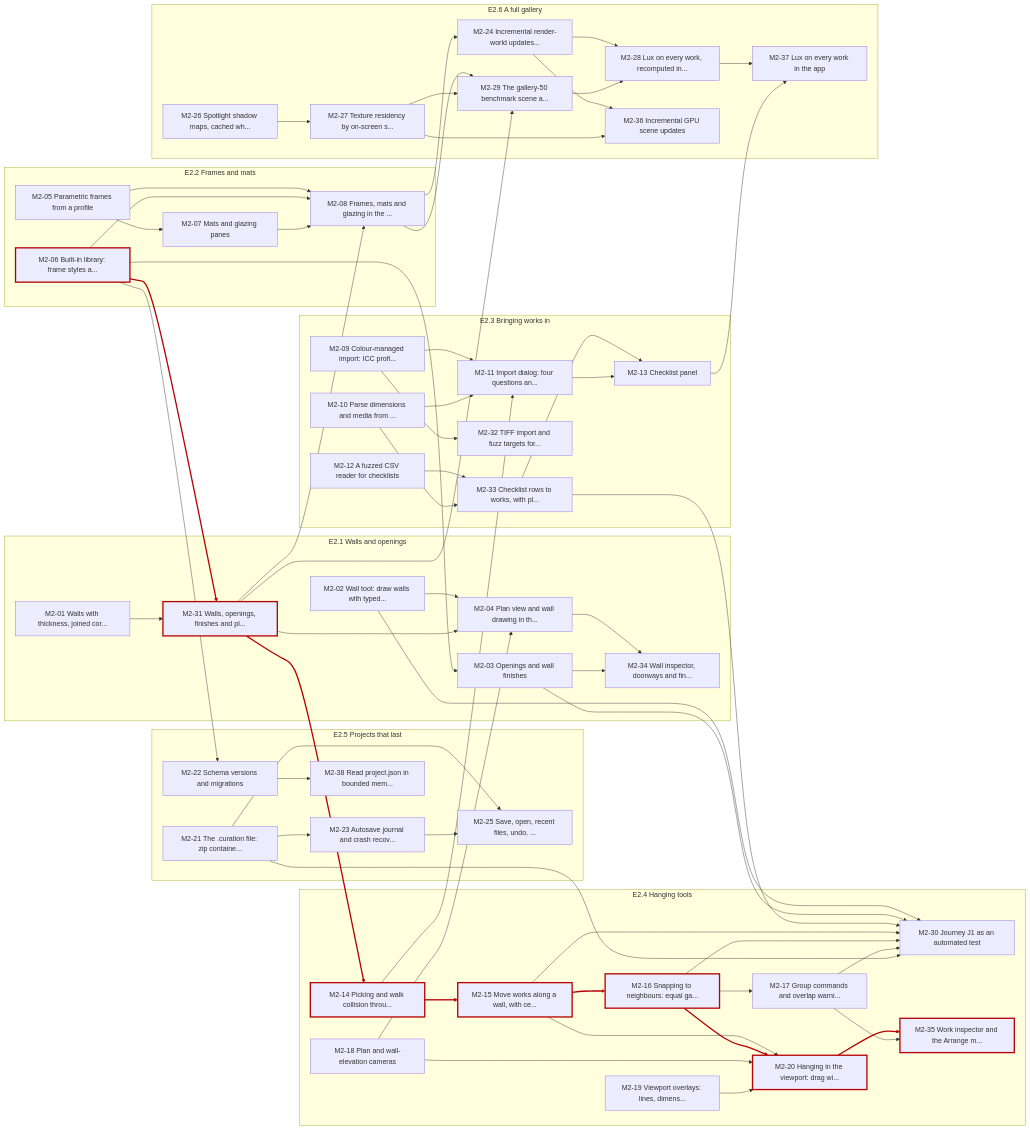
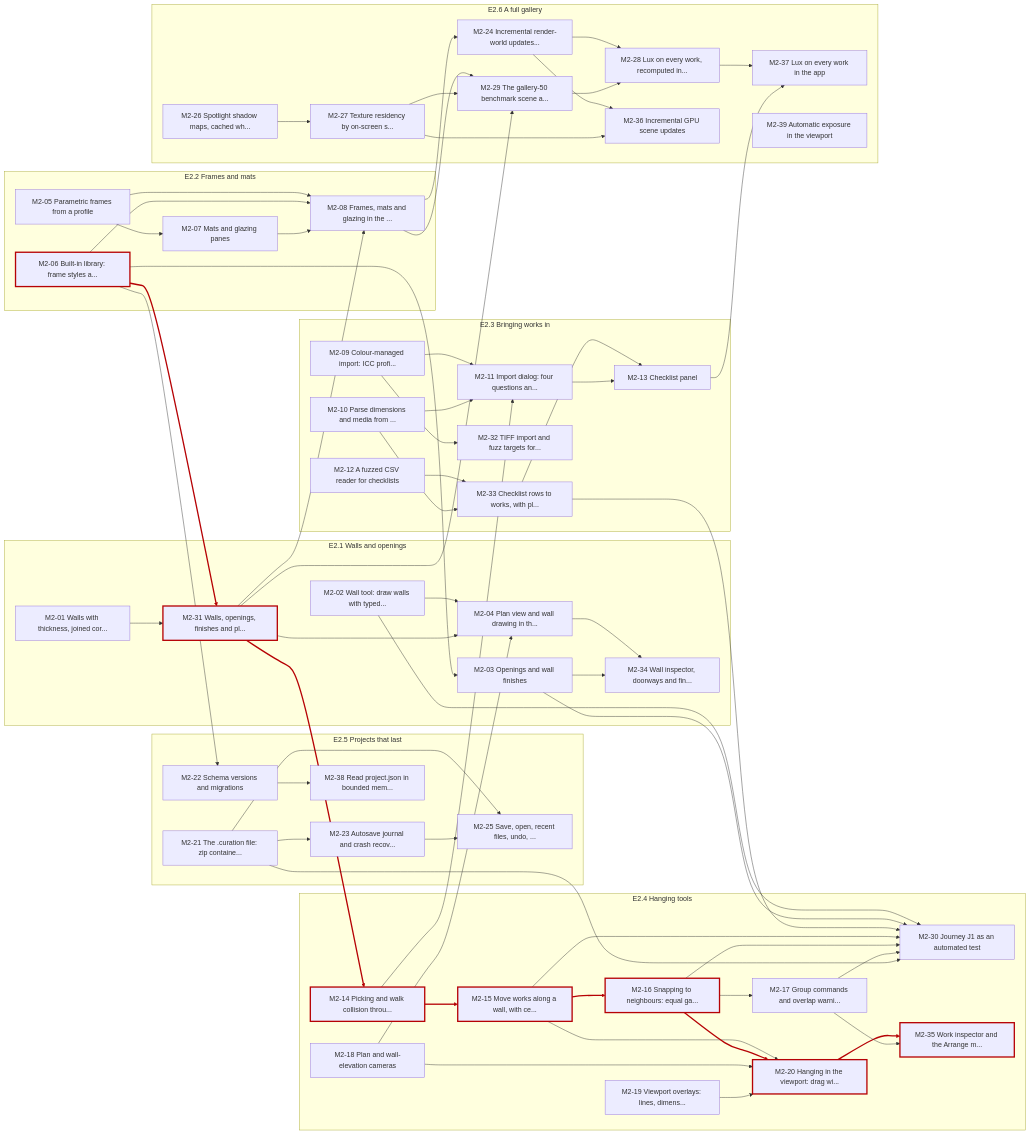
One commit to groundbeeflover/curation_sandbox changed the third of 3 diagrams in docs/roadmap.md. Above: the diagram before and after it, drawn with Mermaid. The commit also changed other lines of this file and 1 other file, not shown here.

```diff
--- a/docs/roadmap.md
+++ b/docs/roadmap.md
@@ -474,6 +478,7 @@
     M2_29["M2-29 The gallery-50 benchmark scene a..."]
     M2_36["M2-36 Incremental GPU scene updates"]
     M2_37["M2-37 Lux on every work in the app"]
+    M2_39["M2-39 Automatic exposure in the viewport"]
   end
   M2_06 --> M2_03
   M2_02 --> M2_04
```
